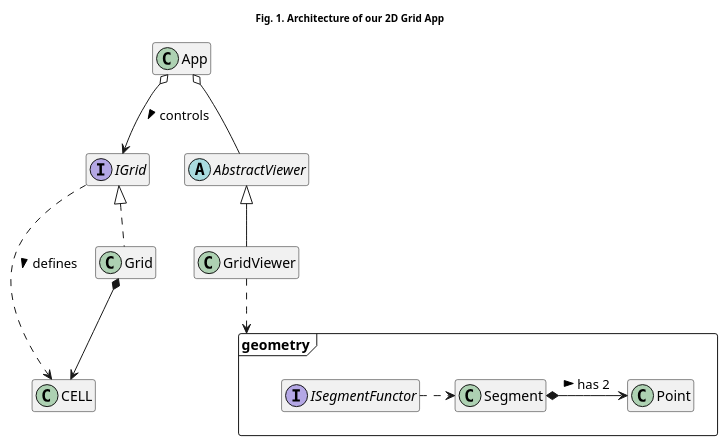
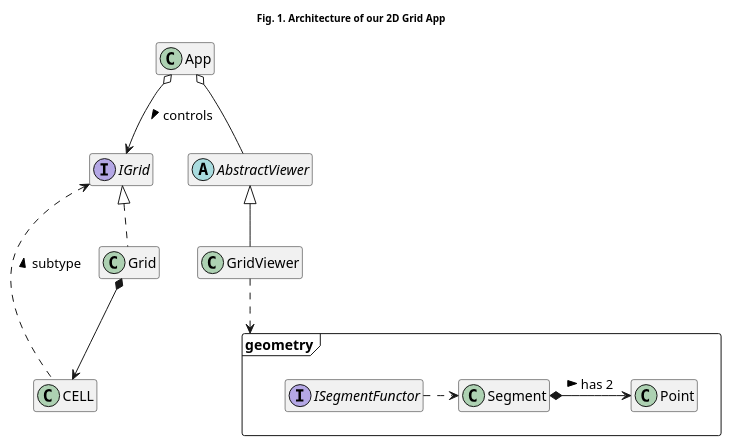
The first of 5 diagrams in _posts/modsim/2020-09-29-sfml-2d-grid.md (kanmeugne/kanmeugne.github.io), drawn with PlantUML before and after one commit. The commit also changed other lines of this file and 2 other files, not shown here.

```diff
--- a/_posts/modsim/2020-09-29-sfml-2d-grid.md
+++ b/_posts/modsim/2020-09-29-sfml-2d-grid.md
@@ -25,74 +25,74 @@
 {% plantuml %}
 @startuml
 title: <size:10> Fig. 1. Architecture of our 2D Grid App </size>
 package geometry <<Frame>>
 {
     class Point {
         + int x
         + int y
     }
     class Segment {
         + Point init
         + Point end
     }
     interface ISegmentFunctor {
         + virtual void operator(const Segment&)
     }
 }
 abstract class AbstractViewer {
     + virtual void iActivate()
     + virtual void iDeactivate()
     + virtual void iIsActive() const
     + virtual void iSetApp(App*)
     + virtual void iDisplay();
     # {abstract} virtual void iDraw()
     # bool _active = false
 }
 class App {
     + {static} const int DEFAULT_HEIGHT
     + {static} const int DEFAULT_WIDTH
     + {static} const int DEFAULT_RESX
     + {static} const int DEFAULT_RESY
     + void run()
     + void display()
 }
 class CELL {
     + int id
     + int state
 }
 class GridViewer extends AbstractViewer {
     - void drawLines(geometry::ISegmentFunctor&)
     + void initialize()
     # void iDraw()
 }
 interface IGrid {
     + virtual bool iInitialize() const
     + virtual int iGetSizeX() const
     + virtual int iGetSizeY() const
     + virtual int iGetResolutionX() const
     + virtual int iGetResolutionY() const
     + virtual int iGetNumberOfCells() const
     + virtual bool iGetCellPosition(CELL, int&, int&) const
     + virtual bool iGetCellCoordinates(CELL, int&, int&) const
     + virtual bool iGetCellNumber(int, int, CELL&) const
     + virtual bool iGetContainingCell(int, int, CELL&) const
     + virtual bool iIsWithinCell(int, int, CELL) const
 }
 class Grid implements IGrid {
     - int resx
     - int resy
     - int sizex
     - int sizey
 }
-IGrid .> CELL : defines >
+IGrid <. CELL : subtype <
 Grid *--> CELL
 App o--> IGrid : controls >
 App o-- AbstractViewer
 Segment *-> Point : has 2 >
 ISegmentFunctor .> Segment
 GridViewer ..> geometry
 
 hide members
 @enduml
 
 {% endplantuml %}
```
